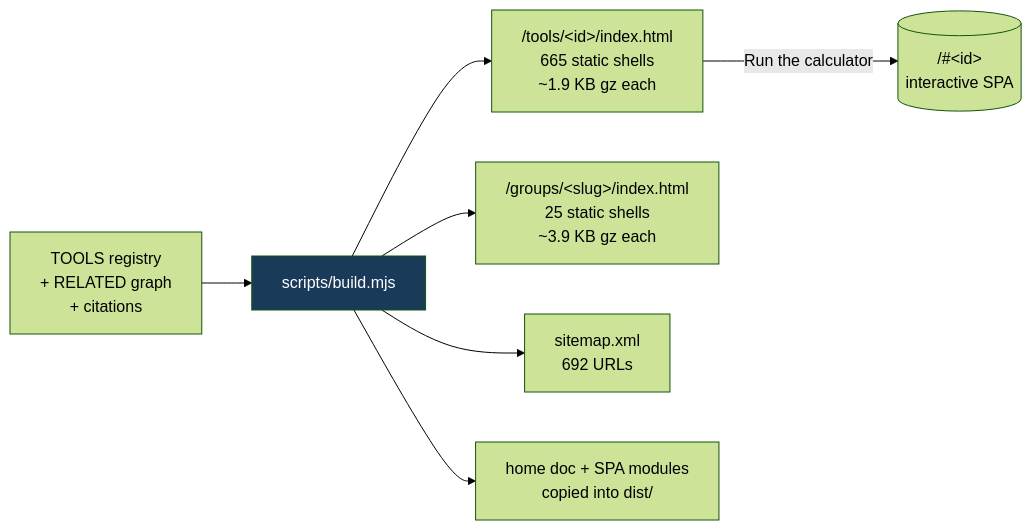
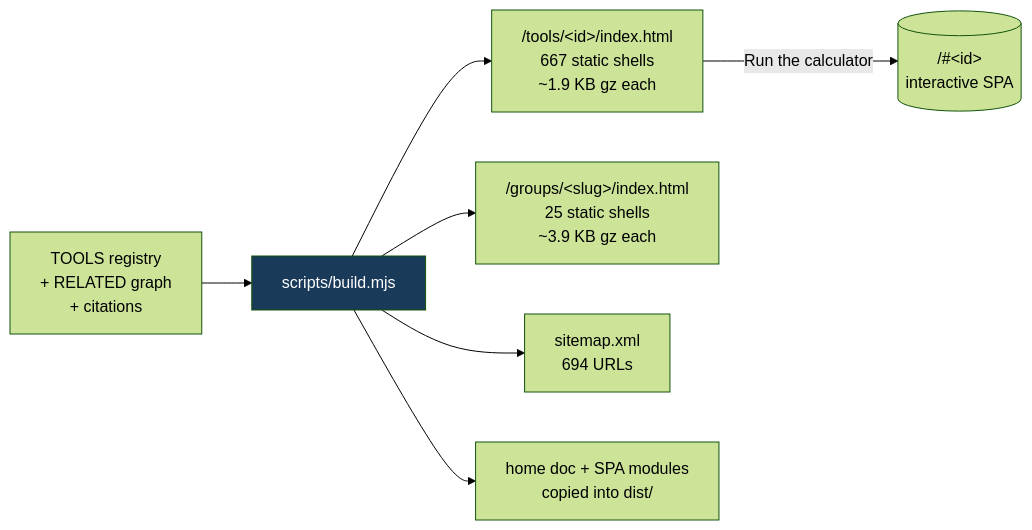
The fifth of 8 diagrams in README.md (clay-good/roughlogic.com), drawn with Mermaid (forest theme) before and after one commit. The commit also changed other lines of this file and 16 other files, not shown here.

````diff
--- a/README.md
+++ b/README.md
@@ -436,10 +438,10 @@
 ```mermaid
 flowchart LR
     SRC[TOOLS registry\n+ RELATED graph\n+ citations] --> BUILD[scripts/build.mjs]
-    BUILD --> TILE["/tools/&lt;id&gt;/index.html\n665 static shells\n~1.9 KB gz each"]
+    BUILD --> TILE["/tools/&lt;id&gt;/index.html\n667 static shells\n~1.9 KB gz each"]
     BUILD --> GROUP["/groups/&lt;slug&gt;/index.html\n25 static shells\n~3.9 KB gz each"]
-    BUILD --> MAP["sitemap.xml\n692 URLs"]
+    BUILD --> MAP["sitemap.xml\n694 URLs"]
     BUILD --> COPY[home doc + SPA modules\ncopied into dist/]
     TILE -->|Run the calculator| SPA[("/#&lt;id&gt;\ninteractive SPA")]
     style BUILD fill:#1a3a5a,color:#fff
 ```
````
